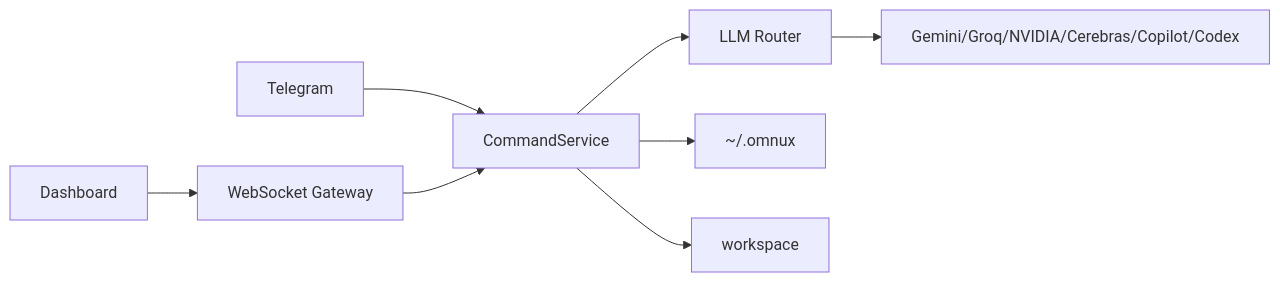
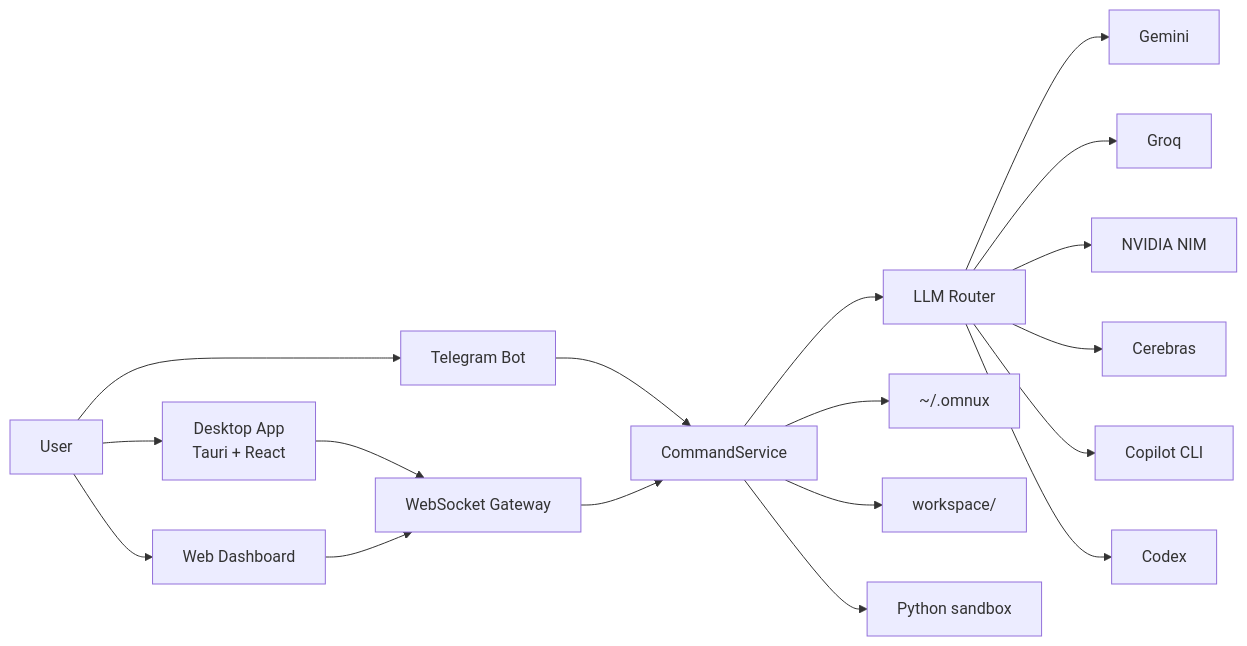
The diagram in docs/en/architecture.md (habinsong/omnux), drawn with Mermaid before and after one commit. The commit also changed other lines of this file and 83 other files, not shown here.

````diff
--- a/docs/en/architecture.md
+++ b/docs/en/architecture.md
@@ -9,10 +9,20 @@
 ```mermaid
 flowchart LR
-  Dashboard --> Gateway[WebSocket Gateway]
+  User[User] --> Desktop[Desktop App<br/>Tauri + React]
+  User --> Dashboard[Web Dashboard]
+  User --> Telegram[Telegram Bot]
+  Desktop --> WS[WebSocket Gateway]
+  Dashboard --> WS
   Telegram --> Command[CommandService]
-  Gateway --> Command
+  WS --> Command
   Command --> Router[LLM Router]
-  Router --> Providers[Gemini/Groq/NVIDIA/Cerebras/Copilot/Codex]
+  Router --> Gemini[Gemini]
+  Router --> Groq[Groq]
+  Router --> Nvidia[NVIDIA NIM]
+  Router --> Cerebras[Cerebras]
+  Router --> Copilot[Copilot CLI]
+  Router --> Codex[Codex]
   Command --> State[~/.omnux]
-  Command --> Workspace[workspace]
+  Command --> Workspace[workspace/]
+  Command --> Sandbox[Python sandbox]
 ```
````
